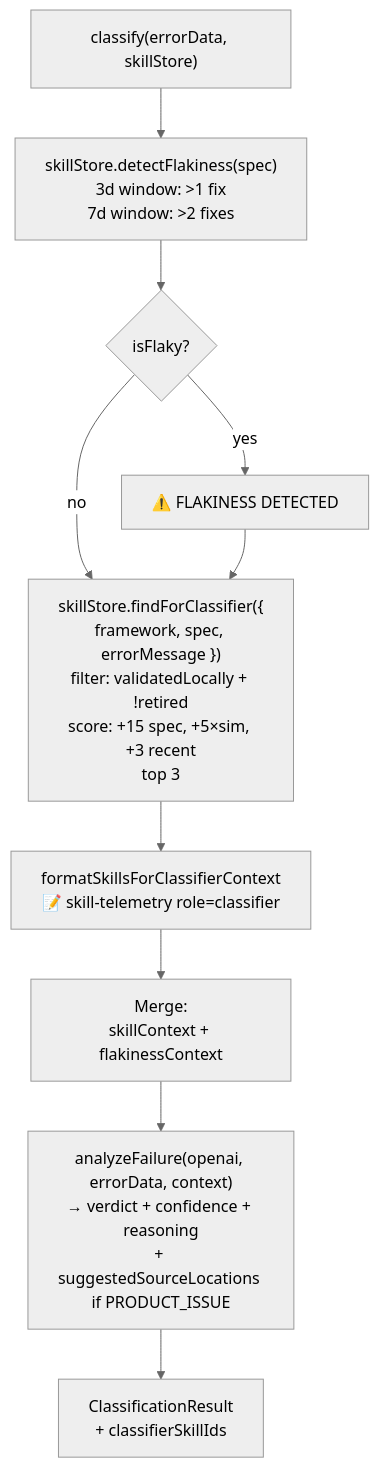
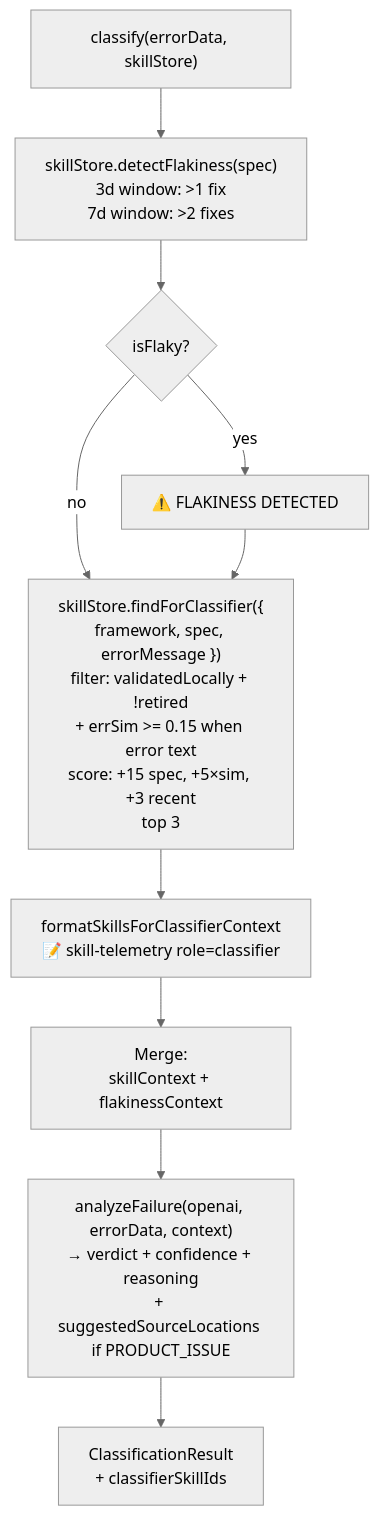
The second of 10 diagrams in docs/agent-workflow-flowchart.md (adept-at/adept-triage-agent), drawn with Mermaid (neutral theme) before and after one commit. The commit also changed other lines of this file and 23 other files, not shown here.

````diff
--- a/docs/agent-workflow-flowchart.md
+++ b/docs/agent-workflow-flowchart.md
@@ -62,16 +72,16 @@
 ```mermaid
 flowchart TB
     START["classify(errorData, skillStore)"]
     START --> FLAK_CHECK["skillStore.detectFlakiness(spec)<br/>3d window: &gt;1 fix<br/>7d window: &gt;2 fixes"]
     FLAK_CHECK --> FLAK_LOG{"isFlaky?"}
     FLAK_LOG -- yes --> WARN["⚠️ FLAKINESS DETECTED"]
     FLAK_LOG -- no --> CLASSIFIER_SKILLS
 
-    WARN --> CLASSIFIER_SKILLS["skillStore.findForClassifier({<br/>framework, spec, errorMessage })<br/>filter: validatedLocally + !retired<br/>score: +15 spec, +5×sim, +3 recent<br/>top 3"]
+    WARN --> CLASSIFIER_SKILLS["skillStore.findForClassifier({<br/>framework, spec, errorMessage })<br/>filter: validatedLocally + !retired<br/>+ errSim >= 0.15 when error text<br/>score: +15 spec, +5×sim, +3 recent<br/>top 3"]
 
     CLASSIFIER_SKILLS --> RENDER["formatSkillsForClassifierContext<br/>📝 skill-telemetry role=classifier"]
     RENDER --> MERGE["Merge:<br/>skillContext + flakinessContext"]
     MERGE --> ANALYZE["analyzeFailure(openai, errorData, context)<br/>→ verdict + confidence + reasoning<br/>+ suggestedSourceLocations if PRODUCT_ISSUE"]
 
     ANALYZE --> RESULT["ClassificationResult<br/>+ classifierSkillIds"]
 ```
````
